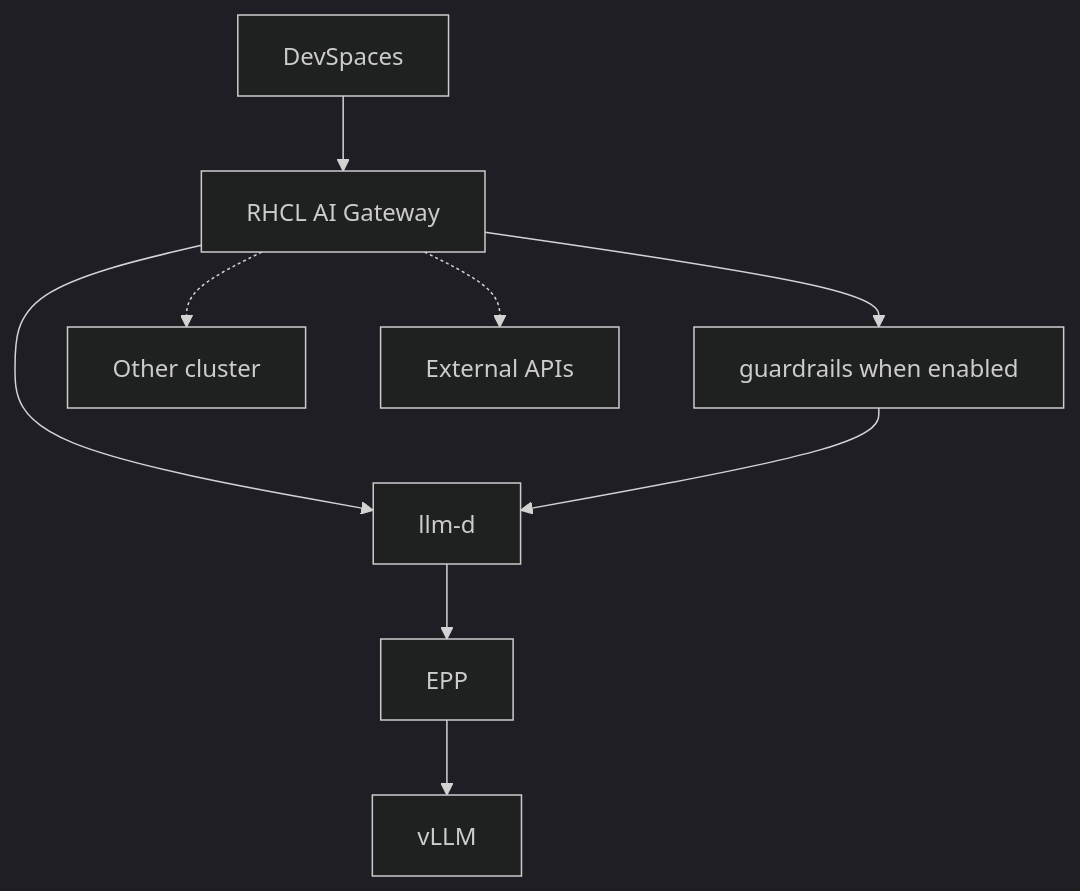
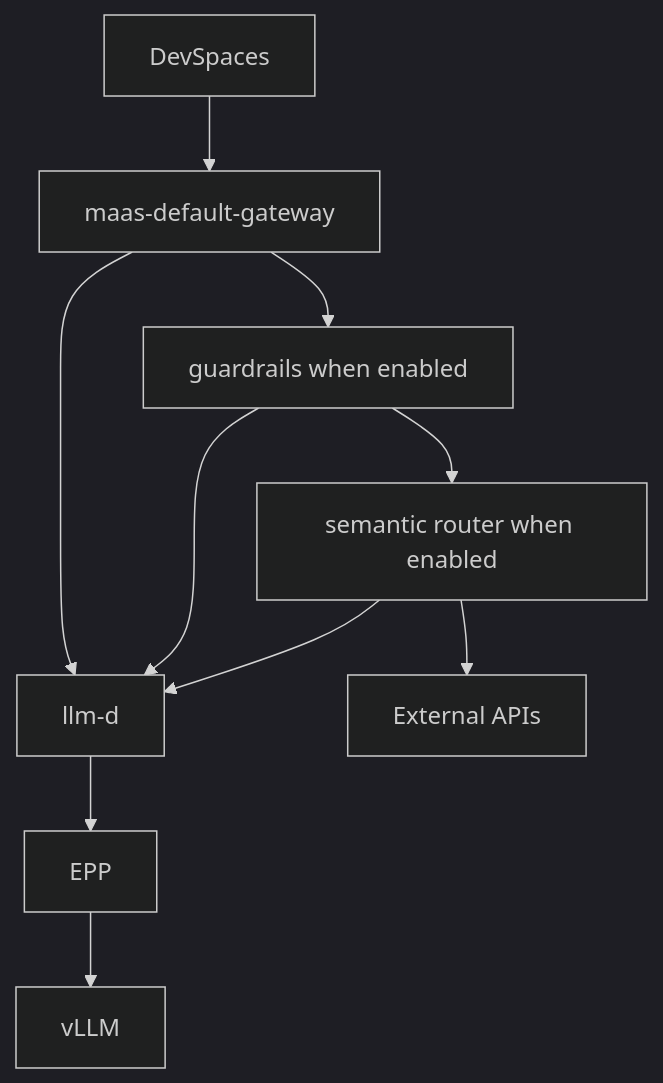
The diagram in AGENTS.md (rh-ai-quickstart/private-coding-assistant), drawn with Mermaid (dark theme) before and after one commit. The commit also changed other lines of this file and 3 other files, not shown here.

Commit message:
Point operators at maas-default-gateway instead of the retired pca-ai-gateway.

````diff
--- a/AGENTS.md
+++ b/AGENTS.md
@@ -9,19 +9,20 @@
 ```mermaid
 flowchart TD
-  IDE[DevSpaces]
-  RHCL[RHCL AI Gateway]
-  GR[guardrails when enabled]
-  Local[llm-d]
-  Other[Other cluster]
-  Ext[External APIs]
-  EPP[EPP]
-  VLLM[vLLM]
+ IDE[DevSpaces]
+ MaaS[maas-default-gateway]
+ GR[guardrails when enabled]
+ SR[semantic router when enabled]
+ Local[llm-d]
+ Ext[External APIs]
+ EPP[EPP]
+ VLLM[vLLM]
 
-  IDE --> RHCL
-  RHCL --> GR
-  RHCL --> Local
-  GR --> Local
-  RHCL -.-> Other
-  RHCL -.-> Ext
-  Local --> EPP --> VLLM
+ IDE --> MaaS
+ MaaS --> GR
+ MaaS --> Local
+ GR --> SR
+ GR --> Local
+ SR --> Local
+ SR --> Ext
+ Local --> EPP --> VLLM
 ```
````
